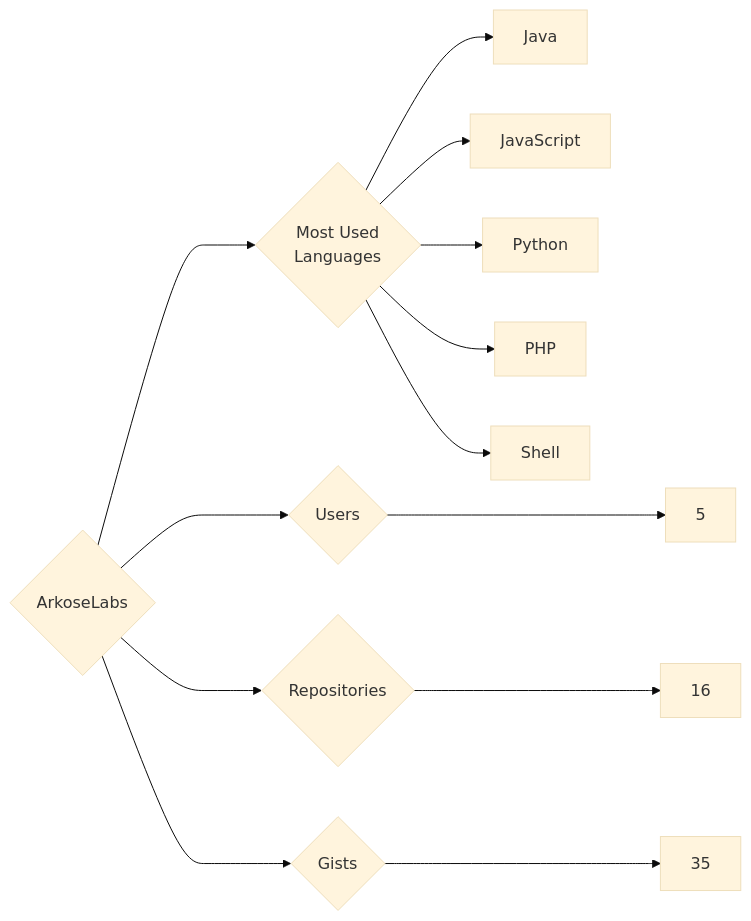
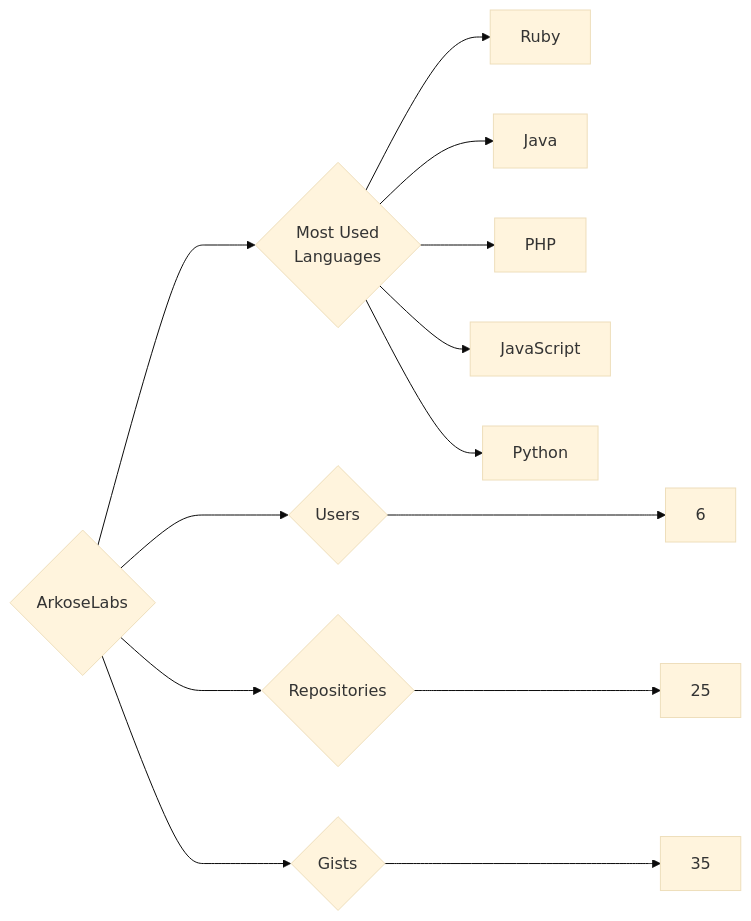
The diagram in targets/ArkoseLabs/README.md (trickest/insiders), drawn with Mermaid (base theme) before and after one commit. The commit also changed 865 other files, not shown here.

````diff
--- a/targets/ArkoseLabs/README.md
+++ b/targets/ArkoseLabs/README.md
@@ -3,13 +3,13 @@
 ```mermaid
 graph LR
 COMPANY_NAME{ArkoseLabs}
-COMPANY_NAME ---> U{Users} ---> UN[5]
-COMPANY_NAME ---> R{Repositories} ---> RN[16]
+COMPANY_NAME ---> U{Users} ---> UN[6]
+COMPANY_NAME ---> R{Repositories} ---> RN[25]
 COMPANY_NAME ---> G{Gists} ---> GN[35]
 COMPANY_NAME ---> ML{Most Used<br>Languages}
+ML --> Ruby[Ruby]
 ML --> Java[Java]
+ML --> PHP[PHP]
 ML --> JavaScript[JavaScript]
 ML --> Python[Python]
-ML --> PHP[PHP]
-ML --> Shell[Shell]
 ```
````
